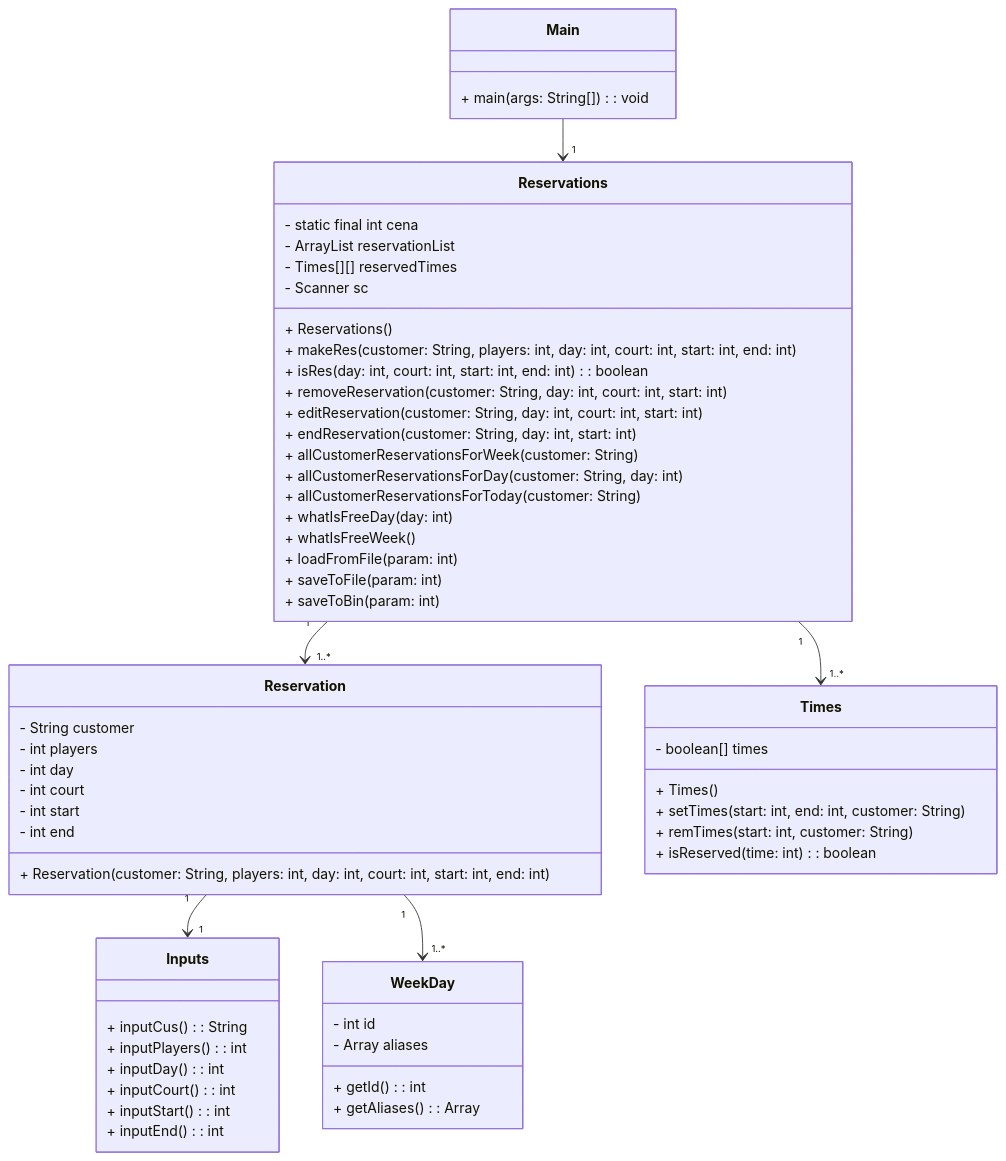
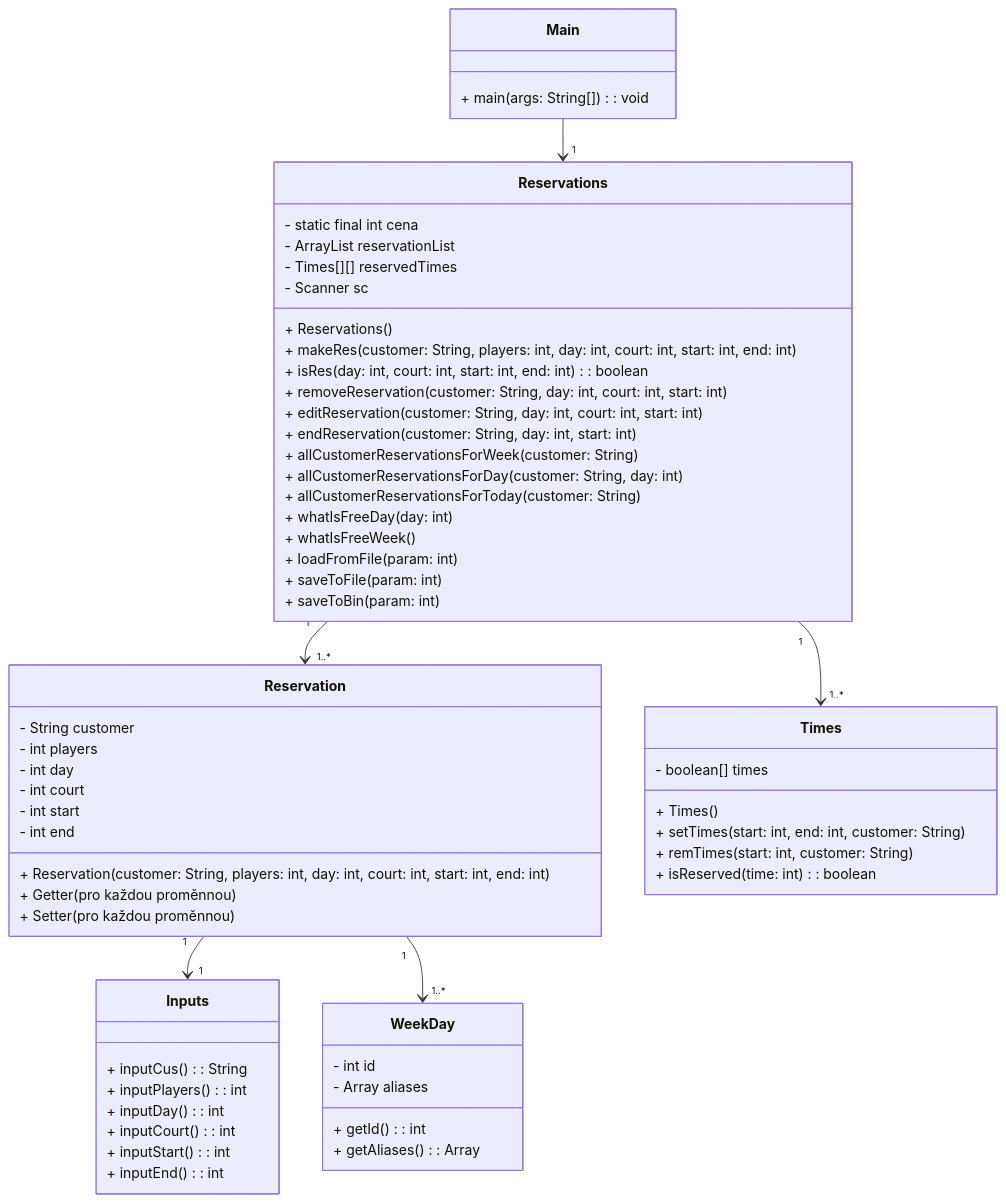
One commit to Granc3k/TenisReservation changed the diagram in README.md. Above: the diagram before and after it, drawn with Mermaid. The commit also changed 6 other files, not shown here.

````diff
--- a/README.md
+++ b/README.md
@@ -25,68 +25,70 @@
 ```mermaid
 classDiagram
     class Reservations {
         - static final int cena
         - ArrayList<Reservation> reservationList
         - Times[][] reservedTimes
         - Scanner sc
         + Reservations()
         + makeRes(customer: String, players: int, day: int, court: int, start: int, end: int)
         + isRes(day: int, court: int, start: int, end: int): boolean
         + removeReservation(customer: String, day: int, court: int, start: int)
         + editReservation(customer: String, day: int, court: int, start: int)
         + endReservation(customer: String, day: int, start: int)
         + allCustomerReservationsForWeek(customer: String)
         + allCustomerReservationsForDay(customer: String, day: int)
         + allCustomerReservationsForToday(customer: String)
         + whatIsFreeDay(day: int)
         + whatIsFreeWeek()
         + loadFromFile(param: int)
         + saveToFile(param: int)
         + saveToBin(param: int)
     }
 
-    class Reservation {
-        - String customer
-        - int players
-        - int day
-        - int court
-        - int start
-        - int end
-        + Reservation(customer: String, players: int, day: int, court: int, start: int, end: int)
-    }
+class Reservation {
+- String customer
+- int players
+- int day
+- int court
+- int start
+- int end
++ Reservation(customer: String, players: int, day: int, court: int, start: int, end: int)
++ Getter(pro každou proměnnou)
++ Setter(pro každou proměnnou)
+}
 
-    class Times {
-        - boolean[] times
-        + Times()
-        + setTimes(start: int, end: int, customer: String)
-        + remTimes(start: int, customer: String)
-        + isReserved(time: int): boolean
-    }
+class Times {
+- boolean[] times
++ Times()
++ setTimes(start: int, end: int, customer: String)
++ remTimes(start: int, customer: String)
++ isReserved(time: int): boolean
+}
 
-    class Inputs {
-        + inputCus(): String
-        + inputPlayers(): int
-        + inputDay(): int
-        + inputCourt(): int
-        + inputStart(): int
-        + inputEnd(): int
-    }
+class Inputs {
++ inputCus(): String
++ inputPlayers(): int
++ inputDay(): int
++ inputCourt(): int
++ inputStart(): int
++ inputEnd(): int
+}
 
-    class WeekDay {
-        - int id
-        - Array<String> aliases
-        + getId(): int
-        + getAliases(): Array<String>
-    }
+class WeekDay {
+- int id
+- Array<String> aliases
++ getId(): int
++ getAliases(): Array<String>
+}
 
-    class Main {
-        + main(args: String[]): void
-    }
+class Main {
++ main(args: String[]): void
+}
 
-    Reservations "1" --> "1..*" Reservation
-    Reservations "1" --> "1..*" Times
-    Reservation "1" --> "1" Inputs
-    Reservation "1" --> "1..*" WeekDay
-    Main --> "1" Reservations
+Reservations "1" --> "1..*" Reservation
+Reservations "1" --> "1..*" Times
+Reservation "1" --> "1" Inputs
+Reservation "1" --> "1..*" WeekDay
+Main --> "1" Reservations
 
 ```
````
